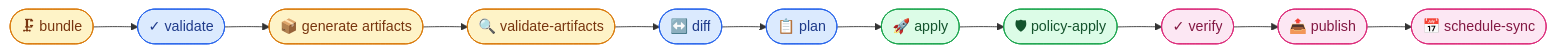
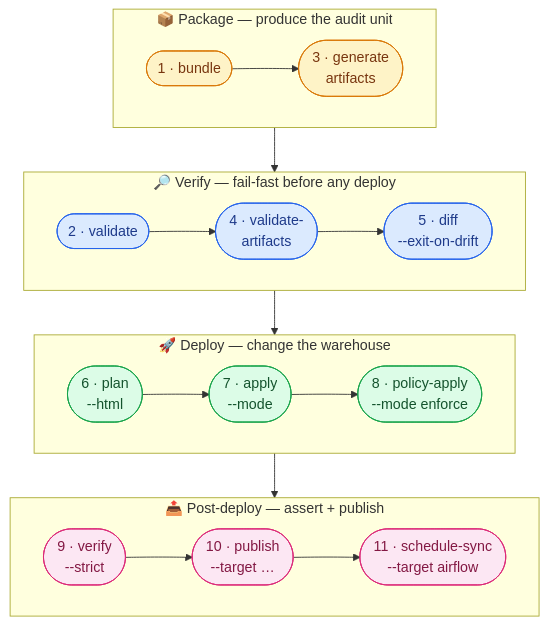
Before and after one commit to fas89/forge_docs: the diagram in docs/walkthrough/universal-pipeline.md, drawn with Mermaid. The commit also changed other lines of this file, not shown here.

````diff
--- a/docs/walkthrough/universal-pipeline.md
+++ b/docs/walkthrough/universal-pipeline.md
@@ -19,22 +19,35 @@
 ```mermaid
-flowchart LR
-    A([🗜  bundle]) --> B([✓ validate])
-    B --> C([📦 generate artifacts])
-    C --> D([🔍 validate-artifacts])
-    D --> E([↔️ diff])
-    E --> F([📋 plan])
-    F --> G([🚀 apply])
-    G --> H([🛡 policy-apply])
-    H --> I([✓ verify])
-    I --> J([📤 publish])
-    J --> K([📅 schedule-sync])
+flowchart TB
+    subgraph PRE["📦 Package — produce the audit unit"]
+        direction LR
+        A1([1 · bundle]) --> A2([3 · generate<br/>artifacts])
+    end
+
+    subgraph GATE["🔎 Verify — fail-fast before any deploy"]
+        direction LR
+        B1([2 · validate]) --> B2([4 · validate-<br/>artifacts]) --> B3([5 · diff<br/>--exit-on-drift])
+    end
+
+    subgraph DEPLOY["🚀 Deploy — change the warehouse"]
+        direction LR
+        C1([6 · plan<br/>--html]) --> C2([7 · apply<br/>--mode]) --> C3([8 · policy-apply<br/>--mode enforce])
+    end
+
+    subgraph POST["📤 Post-deploy — assert + publish"]
+        direction LR
+        D1([9 · verify<br/>--strict]) --> D2([10 · publish<br/>--target …]) --> D3([11 · schedule-sync<br/>--target airflow])
+    end
+
+    PRE --> GATE
+    GATE --> DEPLOY
+    DEPLOY --> POST
 
     classDef supply fill:#fef3c7,stroke:#d97706,color:#78350f;
-    classDef gate fill:#dbeafe,stroke:#2563eb,color:#1e3a8a;
+    classDef gate   fill:#dbeafe,stroke:#2563eb,color:#1e3a8a;
     classDef deploy fill:#dcfce7,stroke:#16a34a,color:#14532d;
-    classDef post fill:#fce7f3,stroke:#db2777,color:#831843;
-    class A,C,D supply
-    class B,E,F gate
-    class G,H deploy
-    class I,J,K post
+    classDef post   fill:#fce7f3,stroke:#db2777,color:#831843;
+    class A1,A2 supply
+    class B1,B2,B3 gate
+    class C1,C2,C3 deploy
+    class D1,D2,D3 post
 ```
````
